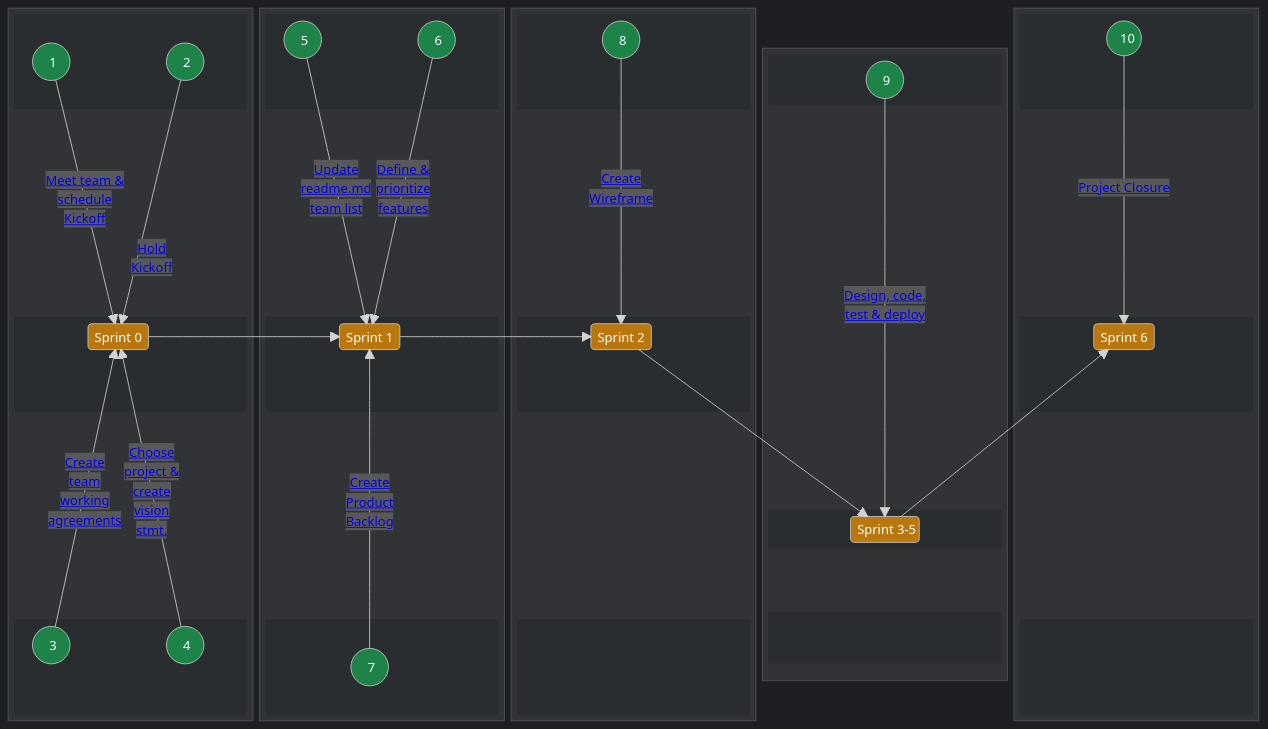
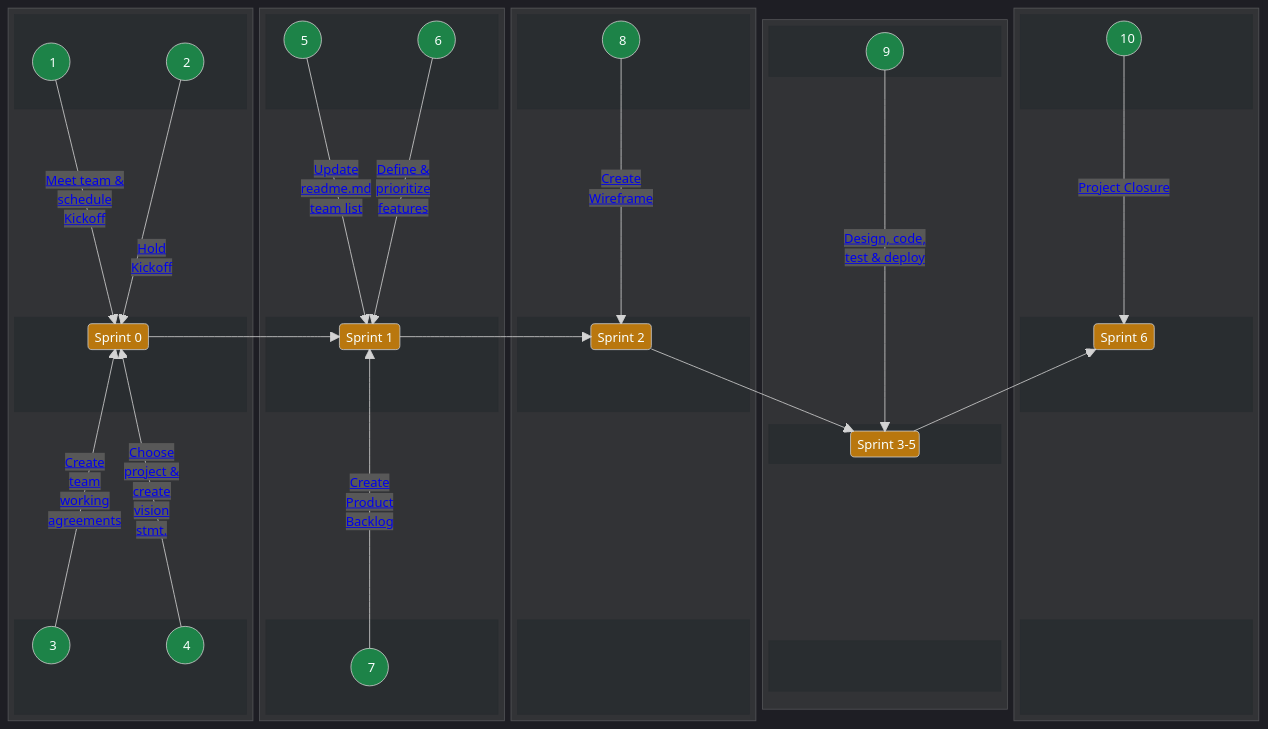
The first of 2 diagrams in docs/guides/voyage/voyage.md (chingu-voyages/Handbook), drawn with Mermaid before and after one commit.

Commit message:
Feature: Update sprint diagram task ordering

```diff
--- a/docs/guides/voyage/voyage.md
+++ b/docs/guides/voyage/voyage.md
@@ -165,13 +165,14 @@
       space
       space
       space
-      space
       block:B3CENTER
         columns 3
         space
         SPRINTS35("&nbsp;Sprint 3-5 ")
         space
       end
+      space
+      space
       space
       block:B3BOTTOM
         columns 3
```
